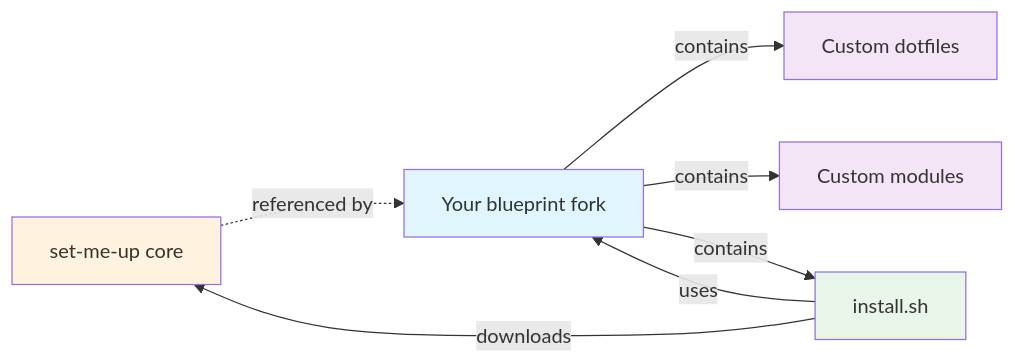
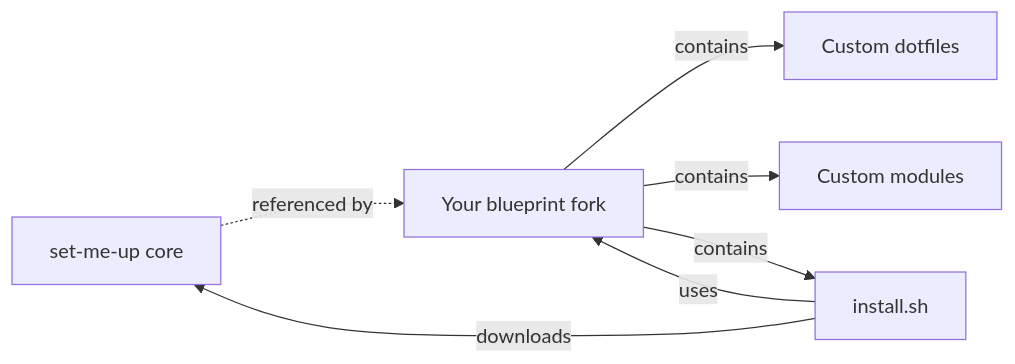
The second of 3 diagrams in README.md (dotbrains/set-me-up-docs), drawn with Mermaid before and after one commit. The commit also changed other lines of this file, not shown here.

Commit message:
docs: remove color styling from mermaid diagrams for dark mode compatibility

````diff
--- a/README.md
+++ b/README.md
@@ -64,15 +61,9 @@
 ```mermaid
 graph LR
     A[set-me-up core] -.->|referenced by| B[Your blueprint fork]
     B -->|contains| C[Custom dotfiles]
     B -->|contains| D[Custom modules]
     B -->|contains| E[install.sh]
     E -->|downloads| A
     E -->|uses| B
-
-    style A fill:#fff3e0
-    style B fill:#e1f5ff
-    style C fill:#f3e5f5
-    style D fill:#f3e5f5
-    style E fill:#e8f5e9
 ```
````
